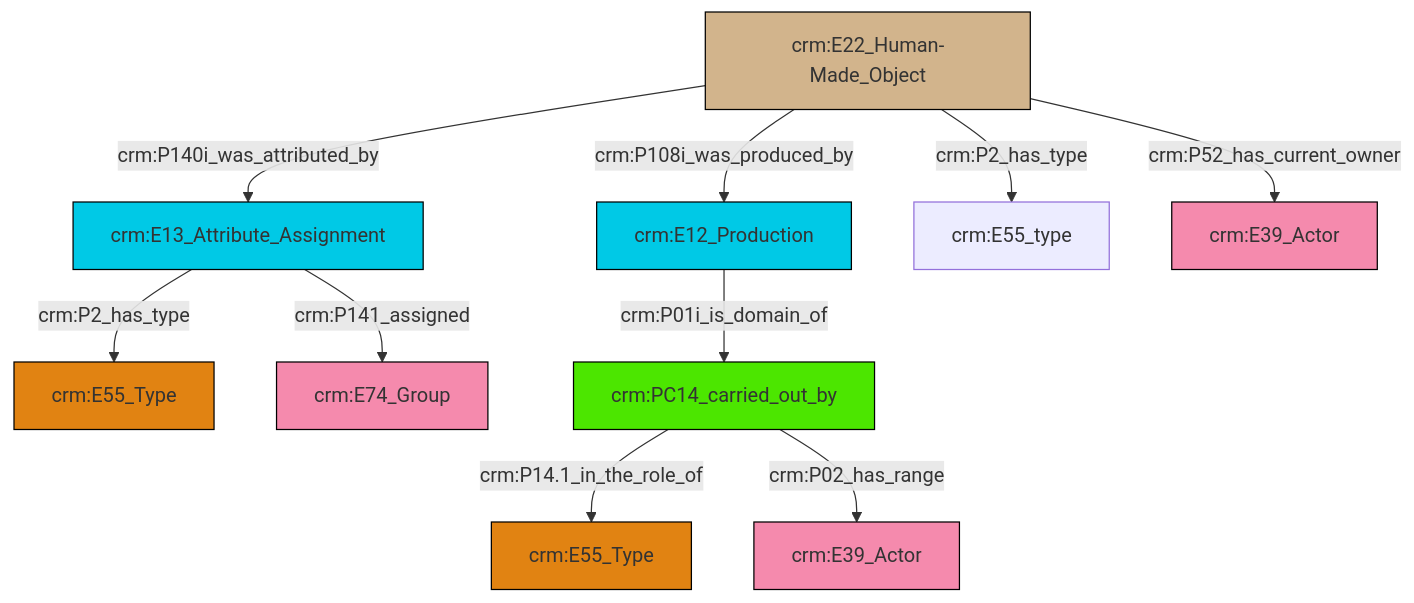
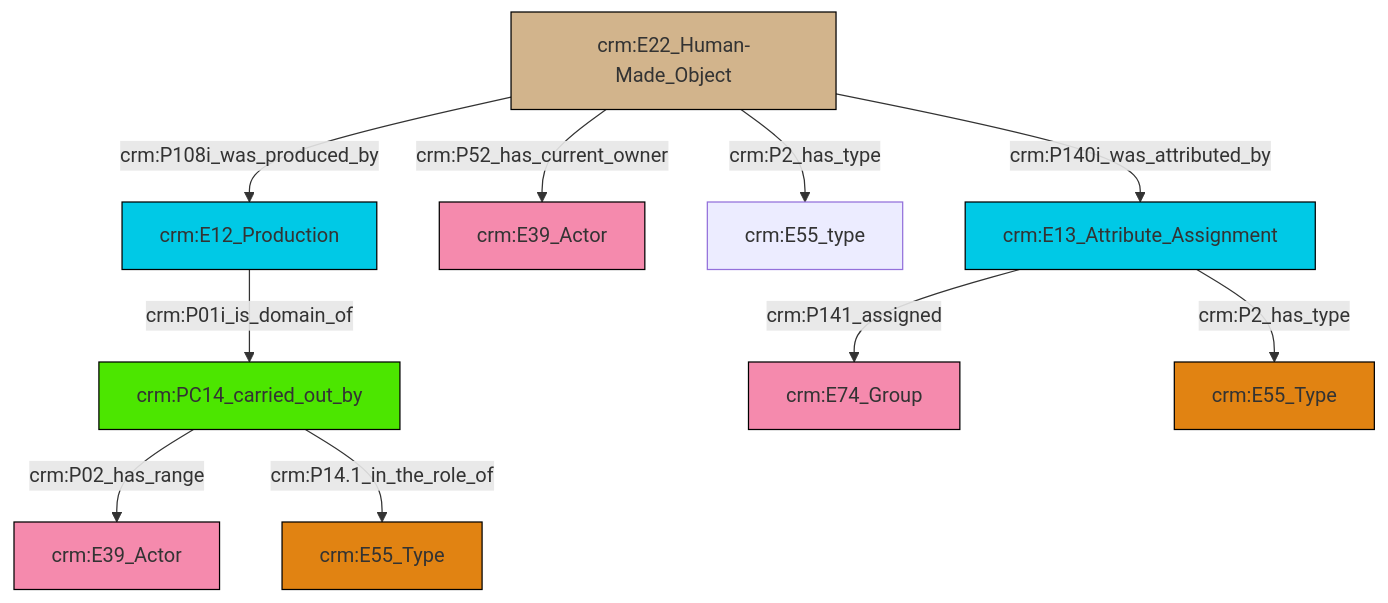
Before and after one commit to swiss-art-research-net/reference-data-models: the diagram in et/builtWorkCSV/ttl/mmd/Built_Work_actor_relations.ttl.mmd, drawn with Mermaid. The commit also changed 148 other files, not shown here.

```diff
--- a/et/builtWorkCSV/ttl/mmd/Built_Work_actor_relations.ttl.mmd
+++ b/et/builtWorkCSV/ttl/mmd/Built_Work_actor_relations.ttl.mmd
@@ -1,24 +1,24 @@
 graph TD
 classDef Literal fill:#f2f2f2,stroke:#000000;
 classDef CRM_Entity fill:#FFFFFF,stroke:#000000;
 classDef Temporal_Entity fill:#00C9E6, stroke:#000000;
 classDef Type fill:#E18312, stroke:#000000;
 classDef Time-Span fill:#2C9C91, stroke:#000000;
 classDef Appellation fill:#FFEB7F, stroke:#000000;
 classDef Place fill:#008836, stroke:#000000;
 classDef Persistent_Item fill:#B266B2, stroke:#000000;
 classDef Conceptual_Object fill:#FFD700, stroke:#000000;
 classDef Physical_Thing fill:#D2B48C, stroke:#000000;
 classDef Actor fill:#f58aad, stroke:#000000;
 classDef PC_Classes fill:#4ce600, stroke:#000000;
 classDef Multi fill:#cccccc,stroke:#000000;
 
-0["crm:E13_Attribute_Assignment"]:::Temporal_Entity -->|crm:P2_has_type| 2["crm:E55_Type"]:::Type
-3["crm:PC14_carried_out_by"]:::PC_Classes -->|crm:P14.1_in_the_role_of| 4["crm:E55_Type"]:::Type
-5["crm:E12_Production"]:::Temporal_Entity -->|crm:P01i_is_domain_of| 3["crm:PC14_carried_out_by"]:::PC_Classes
-0["crm:E13_Attribute_Assignment"]:::Temporal_Entity -->|crm:P141_assigned| 11["crm:E74_Group"]:::Actor
-6["crm:E22_Human-Made_Object"]:::Physical_Thing -->|crm:P140i_was_attributed_by| 0["crm:E13_Attribute_Assignment"]:::Temporal_Entity
-6["crm:E22_Human-Made_Object"]:::Physical_Thing -->|crm:P108i_was_produced_by| 5["crm:E12_Production"]:::Temporal_Entity
-3["crm:PC14_carried_out_by"]:::PC_Classes -->|crm:P02_has_range| 16["crm:E39_Actor"]:::Actor
-6["crm:E22_Human-Made_Object"]:::Physical_Thing -->|crm:P2_has_type| 8["crm:E55_type"]:::Default
-6["crm:E22_Human-Made_Object"]:::Physical_Thing -->|crm:P52_has_current_owner| 13["crm:E39_Actor"]:::Actor
+0["crm:PC14_carried_out_by"]:::PC_Classes -->|crm:P02_has_range| 1["crm:E39_Actor"]:::Actor
+2["crm:E22_Human-Made_Object"]:::Physical_Thing -->|crm:P108i_was_produced_by| 3["crm:E12_Production"]:::Temporal_Entity
+0["crm:PC14_carried_out_by"]:::PC_Classes -->|crm:P14.1_in_the_role_of| 4["crm:E55_Type"]:::Type
+2["crm:E22_Human-Made_Object"]:::Physical_Thing -->|crm:P52_has_current_owner| 6["crm:E39_Actor"]:::Actor
+2["crm:E22_Human-Made_Object"]:::Physical_Thing -->|crm:P2_has_type| 11["crm:E55_type"]:::Default
+2["crm:E22_Human-Made_Object"]:::Physical_Thing -->|crm:P140i_was_attributed_by| 12["crm:E13_Attribute_Assignment"]:::Temporal_Entity
+3["crm:E12_Production"]:::Temporal_Entity -->|crm:P01i_is_domain_of| 0["crm:PC14_carried_out_by"]:::PC_Classes
+12["crm:E13_Attribute_Assignment"]:::Temporal_Entity -->|crm:P141_assigned| 7["crm:E74_Group"]:::Actor
+12["crm:E13_Attribute_Assignment"]:::Temporal_Entity -->|crm:P2_has_type| 9["crm:E55_Type"]:::Type
```
